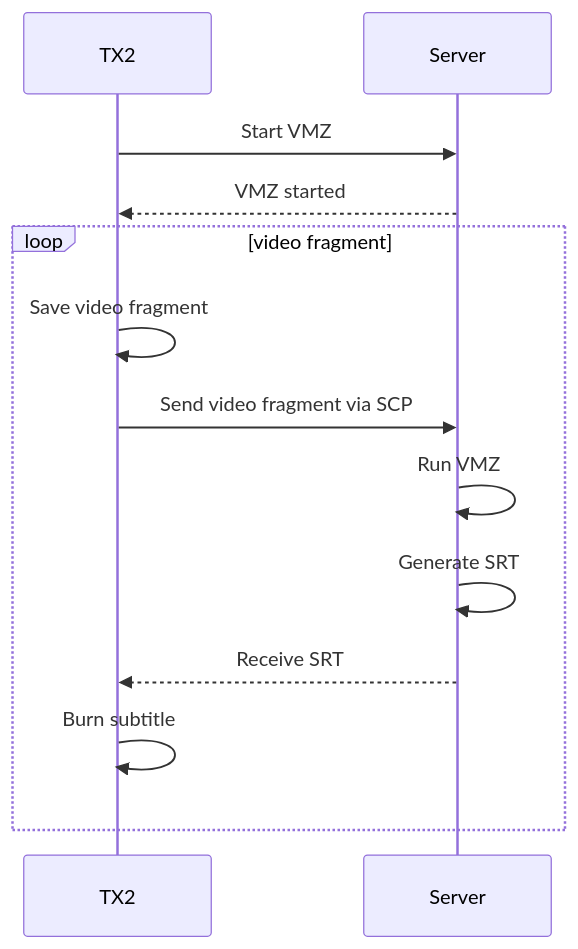
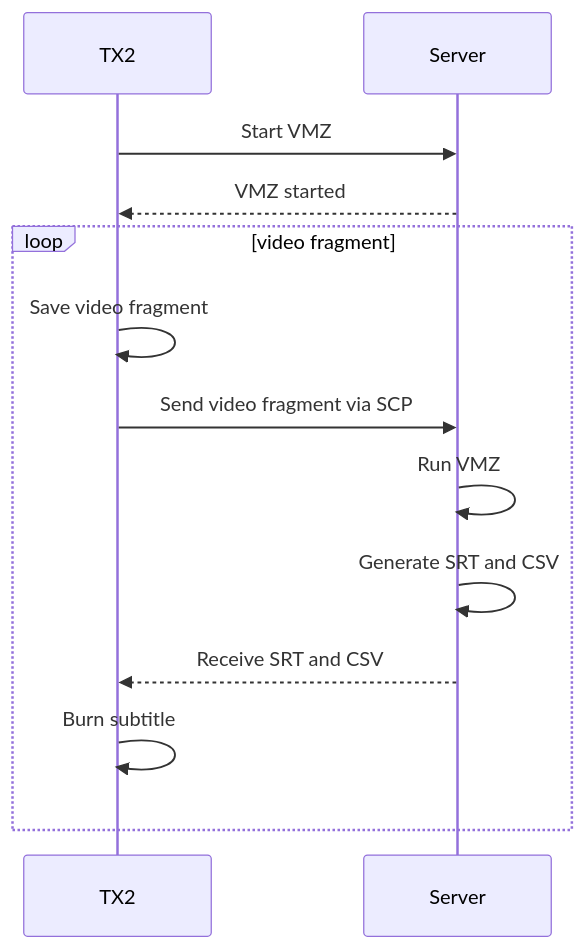
One commit to ohtake/VMZ changed the diagram in client/README.md. Above: the diagram before and after it, drawn with Mermaid. The commit also changed other lines of this file, not shown here.

````diff
--- a/client/README.md
+++ b/client/README.md
@@ -7,13 +7,13 @@
 ```mermaid
 sequenceDiagram
 TX2 ->> Server: Start VMZ
 Server -->> TX2: VMZ started
 loop video fragment
   TX2 ->> TX2: Save video fragment
   TX2 ->> Server: Send video fragment via SCP
   Server ->> Server: Run VMZ
-  Server ->> Server: Generate SRT
-  Server -->> TX2: Receive SRT
+  Server ->> Server: Generate SRT and CSV
+  Server -->> TX2: Receive SRT and CSV
   TX2 ->> TX2: Burn subtitle
 end
 ```
````
